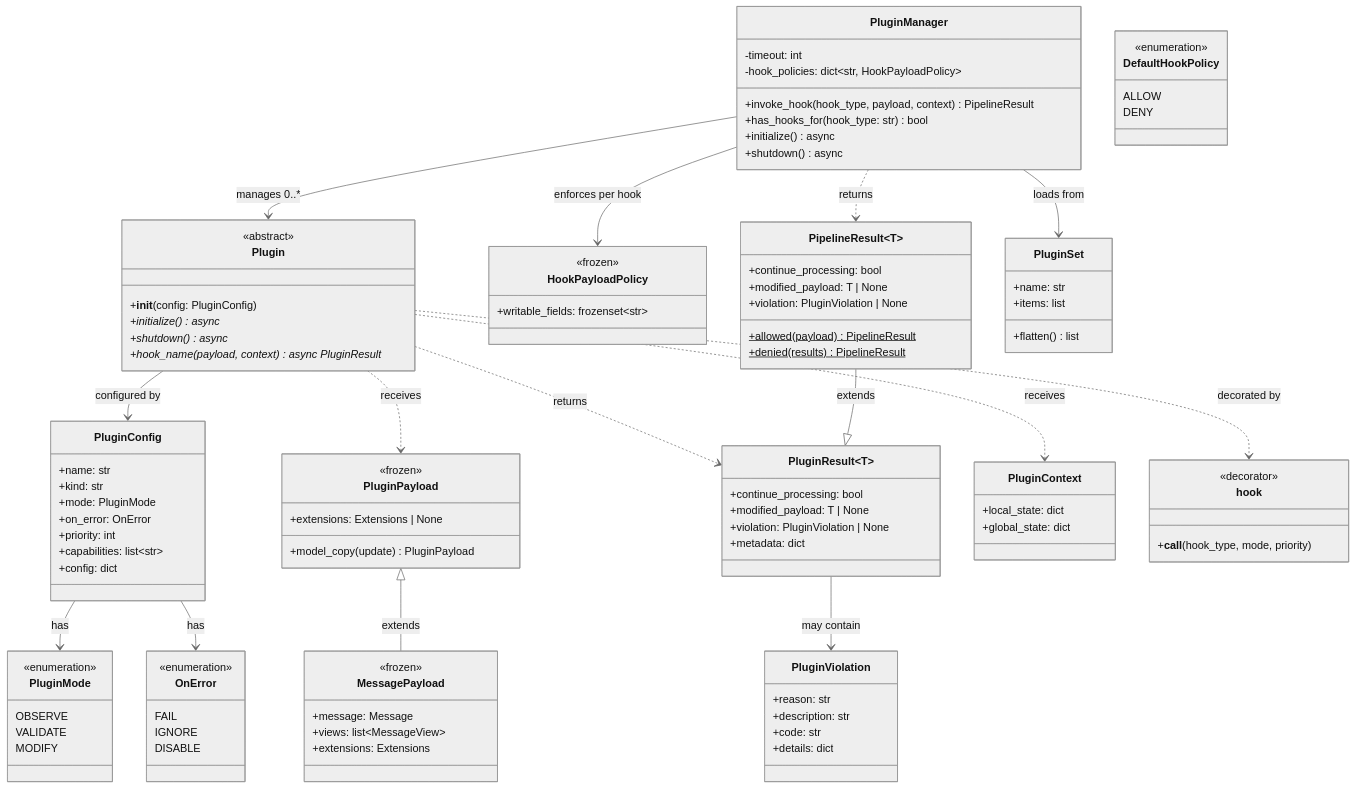
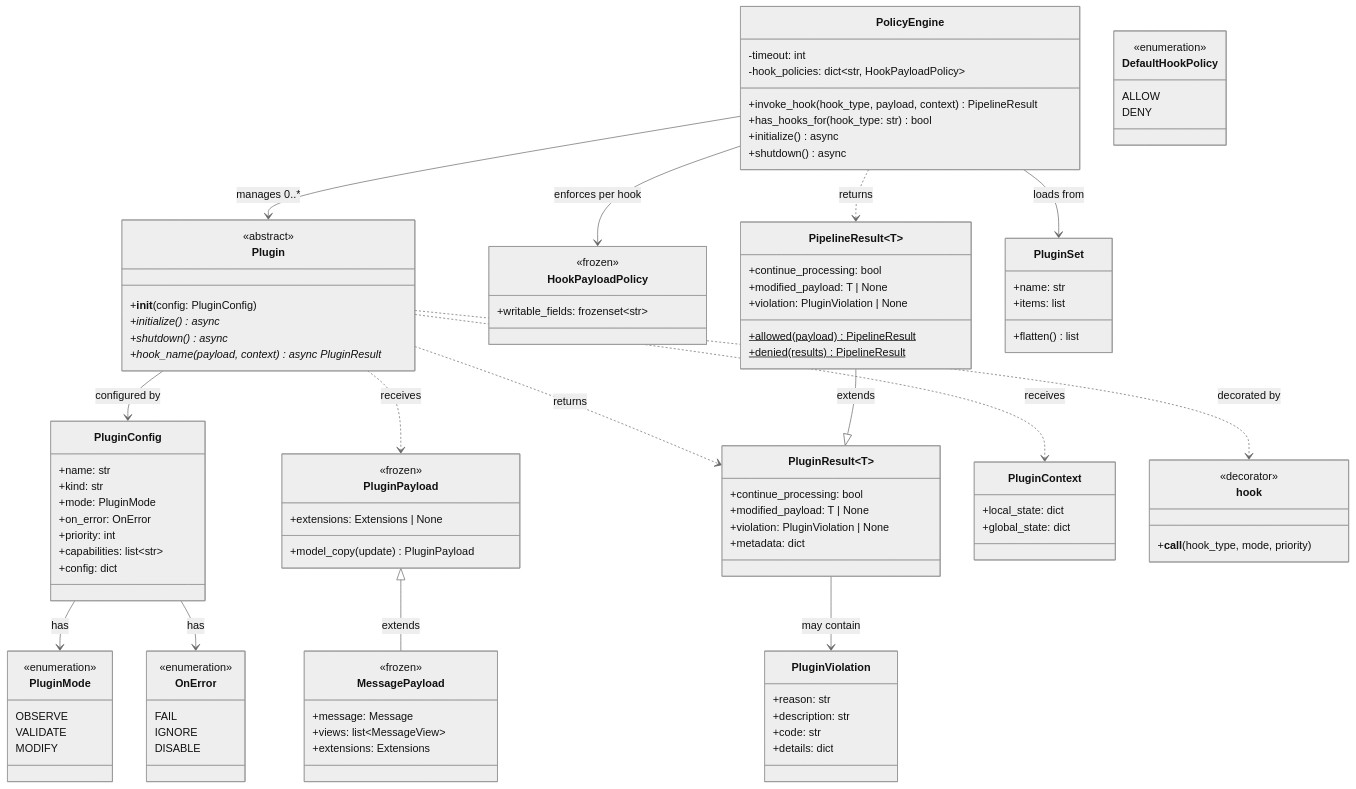
Before and after one commit to contextforge-org/cpex: the second of 2 diagrams in docs/specs/plugin-framework-spec.md, drawn with Mermaid (neutral theme). The commit also changed other lines of this file and 34 other files, not shown here.

````diff
--- a/docs/specs/plugin-framework-spec.md
+++ b/docs/specs/plugin-framework-spec.md
@@ -1191,7 +1193,7 @@
         +hook_name(payload, context)* async PluginResult
     }
 
-    class PluginManager {
+    class PolicyEngine {
         -timeout: int
         -hook_policies: dict~str, HookPayloadPolicy~
         +invoke_hook(hook_type, payload, context) PipelineResult
@@ -1280,9 +1282,9 @@
     Plugin ..> PluginContext : receives
     Plugin ..> hook : decorated by
 
-    PluginManager --> Plugin : manages 0..*
-    PluginManager --> HookPayloadPolicy : enforces per hook
-    PluginManager --> PluginSet : loads from
+    PolicyEngine --> Plugin : manages 0..*
+    PolicyEngine --> HookPayloadPolicy : enforces per hook
+    PolicyEngine --> PluginSet : loads from
 
     PluginConfig --> PluginMode : has
     PluginConfig --> OnError : has
@@ -1290,5 +1292,5 @@
     PluginResult --> PluginViolation : may contain
     %%PluginResult --> PluginPayload : wraps modified
     PipelineResult --|> PluginResult : extends
-    PluginManager ..> PipelineResult : returns
+    PolicyEngine ..> PipelineResult : returns
 ```
````
